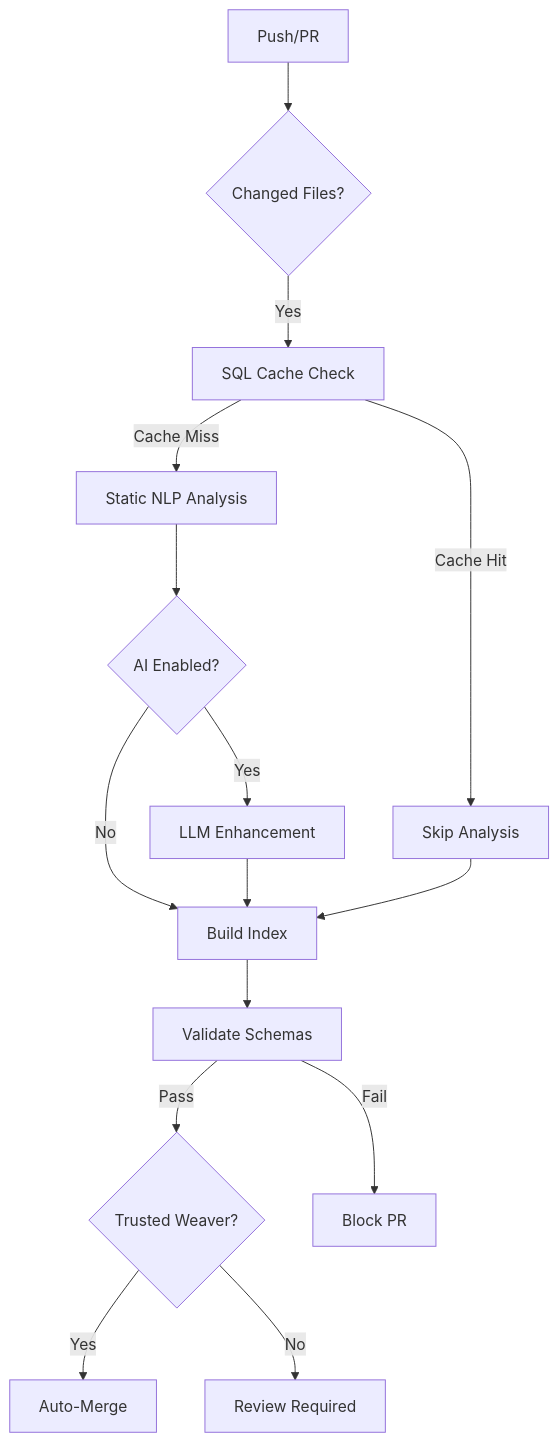
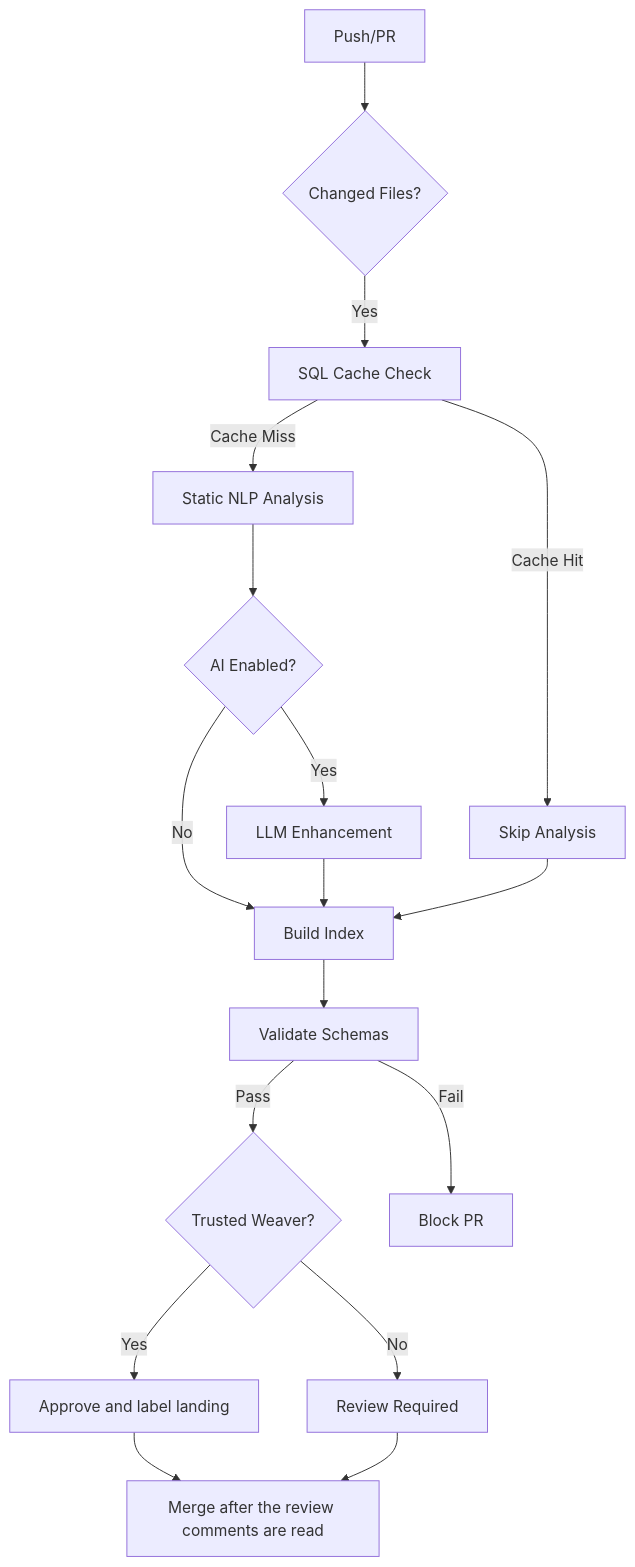
The diagram in README.md (framerslab/codex), drawn with Mermaid before and after one commit. The commit also changed other lines of this file and 6 other files, not shown here.

First line of the commit message:
docs: pull requests land after the comment pass, under the landing label

````diff
--- a/README.md
+++ b/README.md
@@ -81,17 +81,19 @@
 ```mermaid
 graph TD
     A[Push/PR] --> B{Changed Files?}
     B -->|Yes| C[SQL Cache Check]
     C -->|Cache Hit| D[Skip Analysis]
     C -->|Cache Miss| E[Static NLP Analysis]
     E --> F{AI Enabled?}
     F -->|Yes| G[LLM Enhancement]
     F -->|No| H[Build Index]
     G --> H
     D --> H
     H --> I[Validate Schemas]
     I -->|Pass| J{Trusted Weaver?}
     I -->|Fail| K[Block PR]
-    J -->|Yes| L[Auto-Merge]
+    J -->|Yes| L[Approve and label landing]
     J -->|No| M[Review Required]
+    L --> N[Merge after the review comments are read]
+    M --> N
 ```
````
